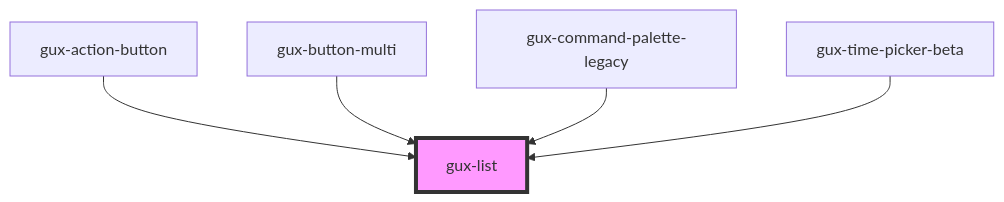
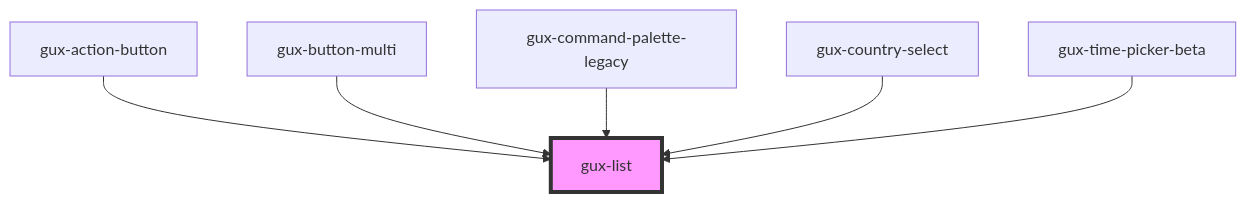
Before and after one commit to MyPureCloud/genesys-spark: the diagram in src/components/stable/gux-list/readme.md, drawn with Mermaid. The commit also changed other lines of this file and 261 other files, not shown here.

````diff
--- a/src/components/stable/gux-list/readme.md
+++ b/src/components/stable/gux-list/readme.md
@@ -97,8 +98,9 @@
 ```mermaid
 graph TD;
   gux-action-button --> gux-list
   gux-button-multi --> gux-list
   gux-command-palette-legacy --> gux-list
+  gux-country-select --> gux-list
   gux-time-picker-beta --> gux-list
   style gux-list fill:#f9f,stroke:#333,stroke-width:4px
 ```
````
